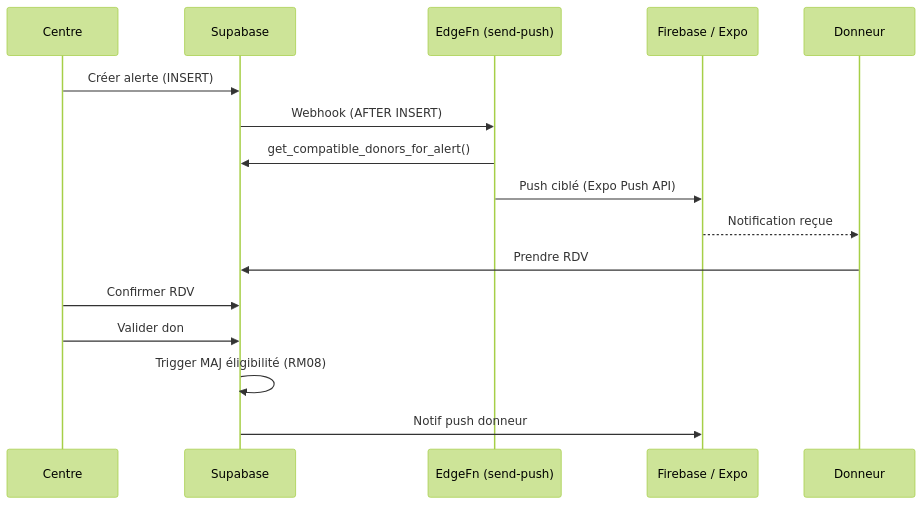
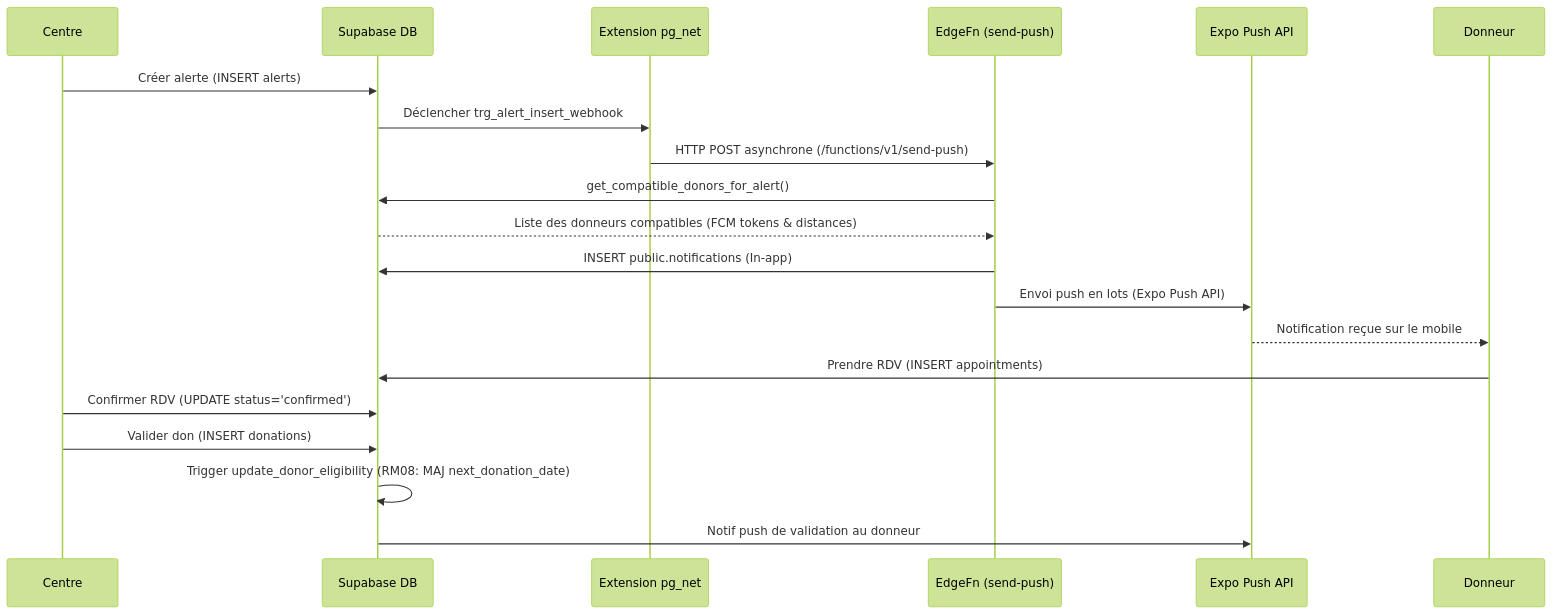
Before and after one commit to senmos26/bloodlink: the fifth of 5 diagrams in docs/CAHIER_DES_CHARGES_V2.md, drawn with Mermaid (forest theme). The commit also changed other lines of this file and 1 other file, not shown here.

Commit message:
docs: update Cahier des charges V2 and Architecture docs with full app analysis and pg_net webhook flow

````diff
--- a/docs/CAHIER_DES_CHARGES_V2.md
+++ b/docs/CAHIER_DES_CHARGES_V2.md
@@ -493,18 +510,22 @@
 ```mermaid
 sequenceDiagram
     participant C as Centre
-    participant SB as Supabase
+    participant DB as Supabase DB
+    participant pg as Extension pg_net
     participant EF as EdgeFn (send-push)
-    participant FCM as Firebase / Expo
+    participant Expo as Expo Push API
     participant D as Donneur
-    C->>SB: Créer alerte (INSERT)
-    SB->>EF: Webhook (AFTER INSERT)
-    EF->>SB: get_compatible_donors_for_alert()
-    EF->>FCM: Push ciblé (Expo Push API)
-    FCM-->>D: Notification reçue
-    D->>SB: Prendre RDV
-    C->>SB: Confirmer RDV
-    C->>SB: Valider don
-    SB->>SB: Trigger MAJ éligibilité (RM08)
-    SB->>FCM: Notif push donneur
+    C->>DB: Créer alerte (INSERT alerts)
+    DB->>pg: Déclencher trg_alert_insert_webhook
+    pg->>EF: HTTP POST asynchrone (/functions/v1/send-push)
+    EF->>DB: get_compatible_donors_for_alert()
+    DB-->>EF: Liste des donneurs compatibles (FCM tokens & distances)
+    EF->>DB: INSERT public.notifications (In-app)
+    EF->>Expo: Envoi push en lots (Expo Push API)
+    Expo-->>D: Notification reçue sur le mobile
+    D->>DB: Prendre RDV (INSERT appointments)
+    C->>DB: Confirmer RDV (UPDATE status='confirmed')
+    C->>DB: Valider don (INSERT donations)
+    DB->>DB: Trigger update_donor_eligibility (RM08: MAJ next_donation_date)
+    DB->>Expo: Notif push de validation au donneur
 ```
````
